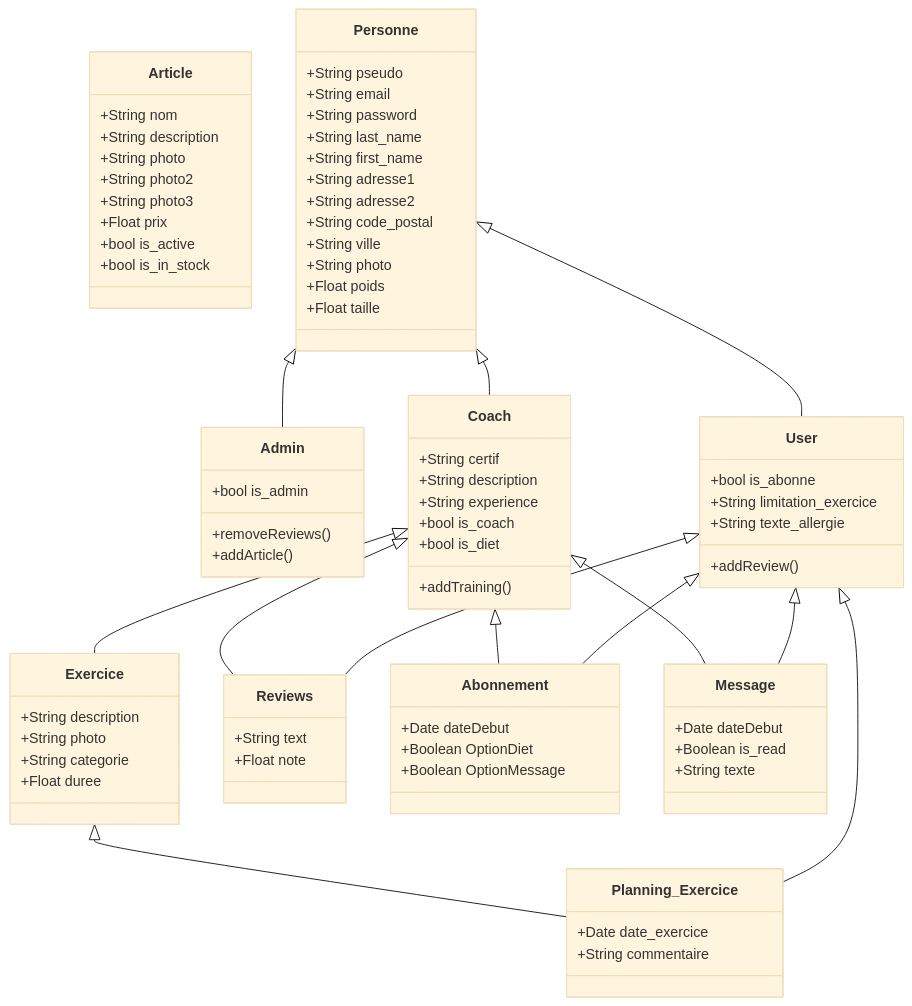
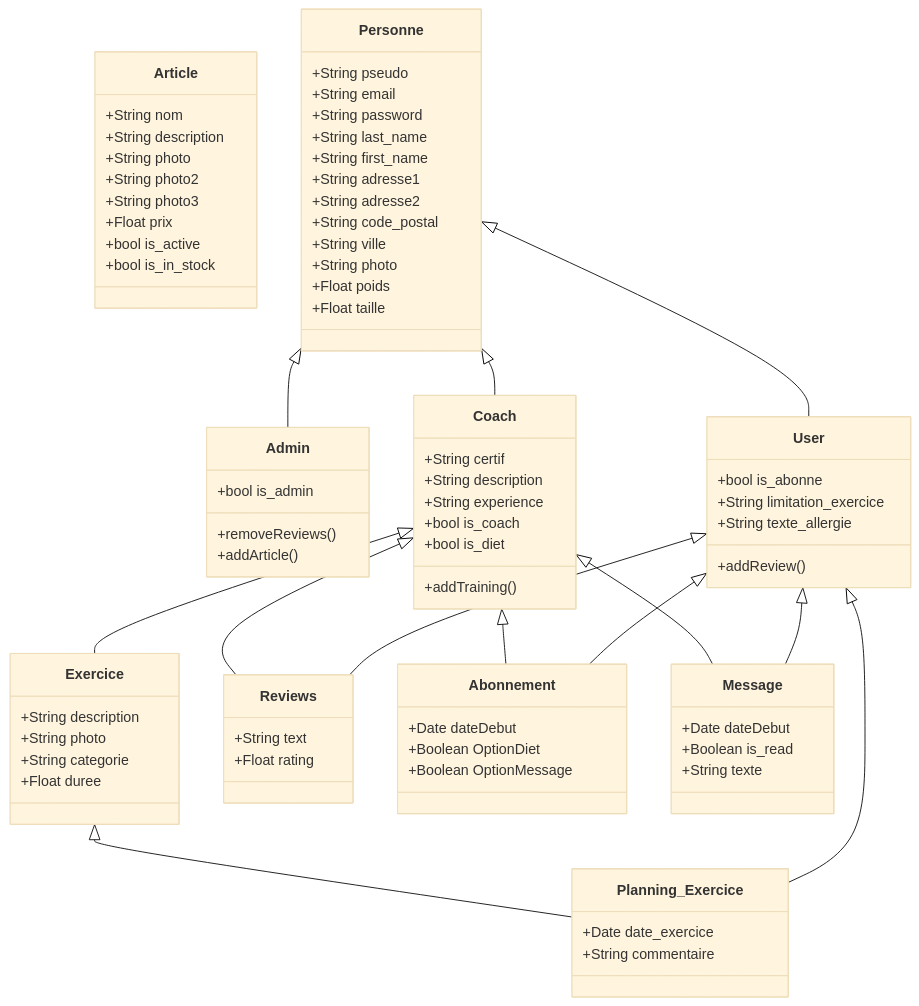
One commit to Genia888/FitnessHub changed the diagram in Documentation/class_diagram.md. Above: the diagram before and after it, drawn with Mermaid (base theme).

Commit message:
change note by rating

```diff
--- a/Documentation/class_diagram.md
+++ b/Documentation/class_diagram.md
@@ -67,7 +67,7 @@
 
     class Reviews {
 	    +String text
-	    +Float note
+	    +Float rating
     }
 
     class Abonnement {
```
